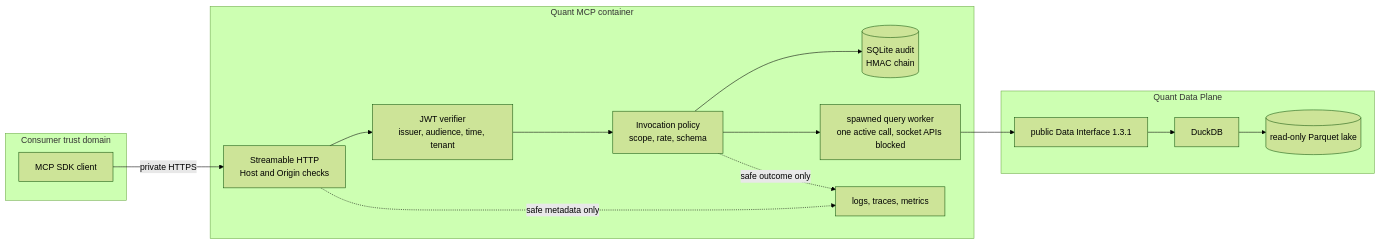
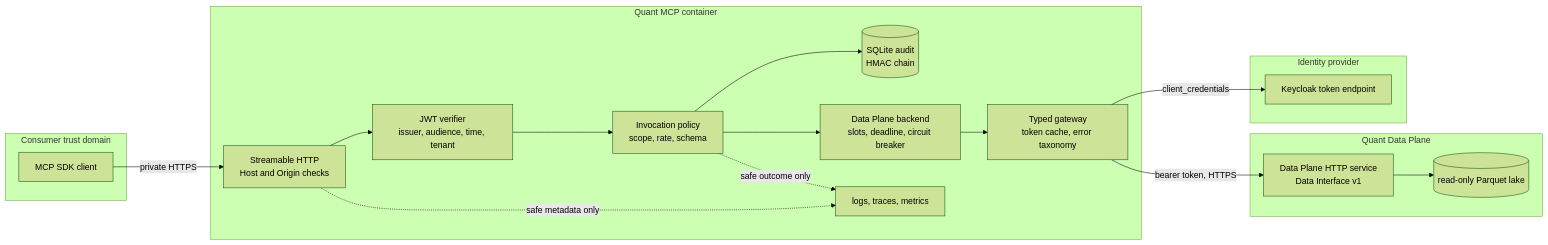
The first of 5 diagrams in docs/explanation/architecture.md (SiddarthaKoppaka/stram_quant_mcp), drawn with Mermaid (forest theme) before and after one commit. The commit also changed other lines of this file and 9 other files, not shown here.

First line of the commit message:
docs: describe the HTTP Data Plane gateway and error model

````diff
--- a/docs/explanation/architecture.md
+++ b/docs/explanation/architecture.md
@@ -10,24 +10,29 @@
 ```mermaid
 flowchart LR
     subgraph consumer[Consumer trust domain]
         C[MCP SDK client]
     end
     subgraph tool[Quant MCP container]
         H[Streamable HTTP<br/>Host and Origin checks]
         A[JWT verifier<br/>issuer, audience, time, tenant]
         P[Invocation policy<br/>scope, rate, schema]
         J[(SQLite audit<br/>HMAC chain)]
-    W[spawned query worker<br/>one active call, socket APIs blocked]
+        B[Data Plane backend<br/>slots, deadline, circuit breaker]
+        G[Typed gateway<br/>token cache, error taxonomy]
         O[logs, traces, metrics]
     end
+    subgraph idp[Identity provider]
+        K[Keycloak token endpoint]
+    end
     subgraph data[Quant Data Plane]
-        I[public Data Interface 1.3.1]
-        Q[DuckDB]
+        S[Data Plane HTTP service<br/>Data Interface v1]
         L[(read-only Parquet lake)]
     end
     C -->|private HTTPS| H --> A --> P
     P --> J
-    P --> W --> I --> Q --> L
+    P --> B --> G
+    G -->|client_credentials| K
+    G -->|bearer token, HTTPS| S --> L
     H -. safe metadata only .-> O
     P -. safe outcome only .-> O
 ```
````
